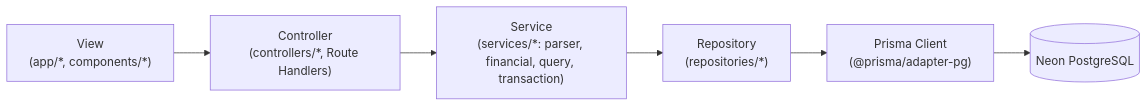
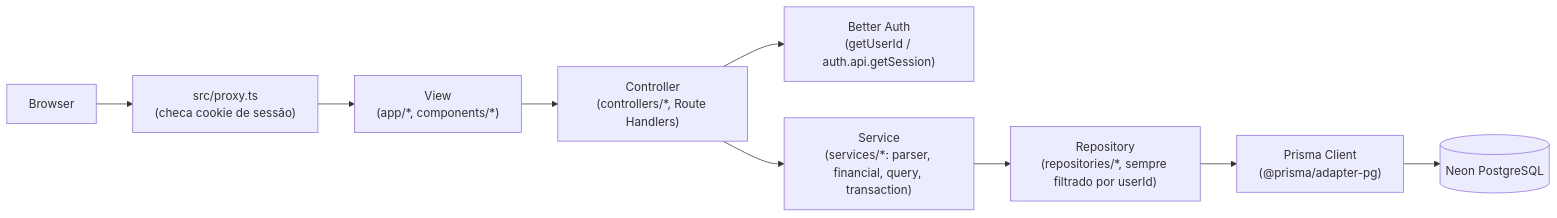
One commit to Xavier-sa/aprendizado changed the third of 3 diagrams in bot_wasxtech_finance/docs/uml.md. Above: the diagram before and after it, drawn with Mermaid. The commit also changed other lines of this file and 47 other files, not shown here.

Commit message:
feat: add multi-user auth, data isolation, and public landing to FinanceBot

````diff
--- a/bot_wasxtech_finance/docs/uml.md
+++ b/bot_wasxtech_finance/docs/uml.md
@@ -65,8 +83,11 @@
 ```mermaid
 flowchart LR
-    View["View\n(app/*, components/*)"] --> Controller["Controller\n(controllers/*, Route Handlers)"]
+    Browser["Browser"] --> Proxy["src/proxy.ts\n(checa cookie de sessão)"]
+    Proxy --> View["View\n(app/*, components/*)"]
+    View --> Controller["Controller\n(controllers/*, Route Handlers)"]
+    Controller --> Auth["Better Auth\n(getUserId / auth.api.getSession)"]
     Controller --> Service["Service\n(services/*: parser, financial, query, transaction)"]
-    Service --> Repository["Repository\n(repositories/*)"]
+    Service --> Repository["Repository\n(repositories/*, sempre filtrado por userId)"]
     Repository --> Prisma["Prisma Client\n(@prisma/adapter-pg)"]
     Prisma --> Neon[(Neon PostgreSQL)]
 ```
````
